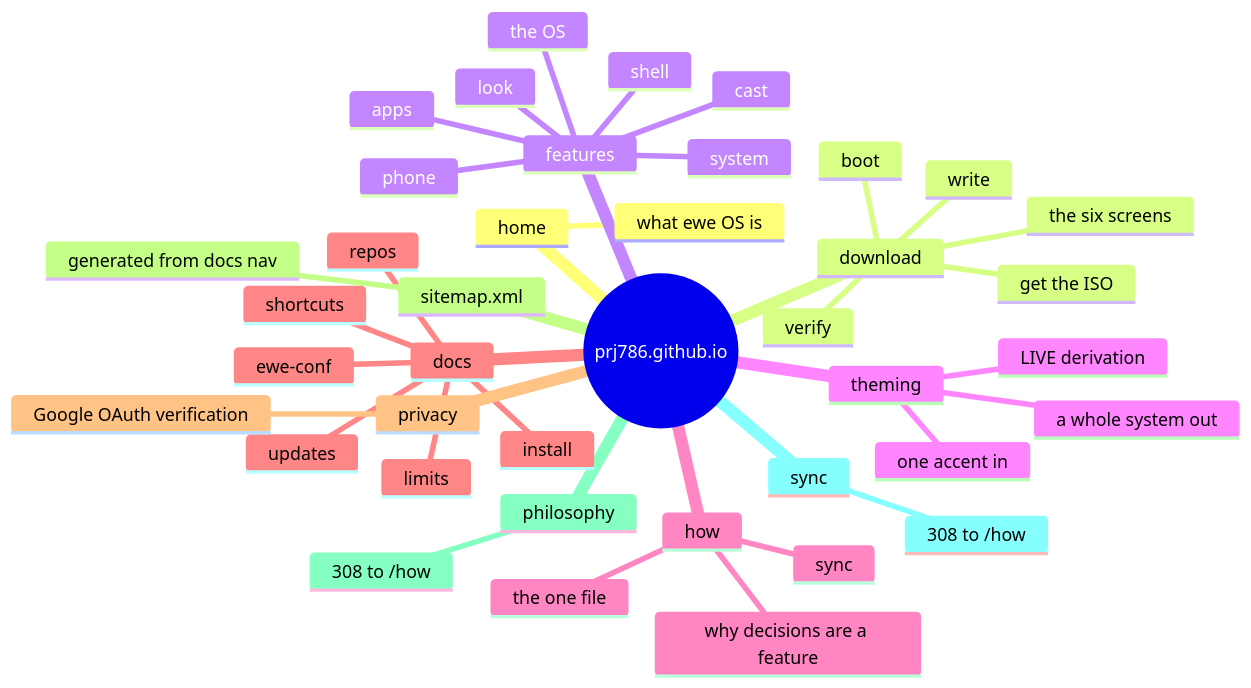
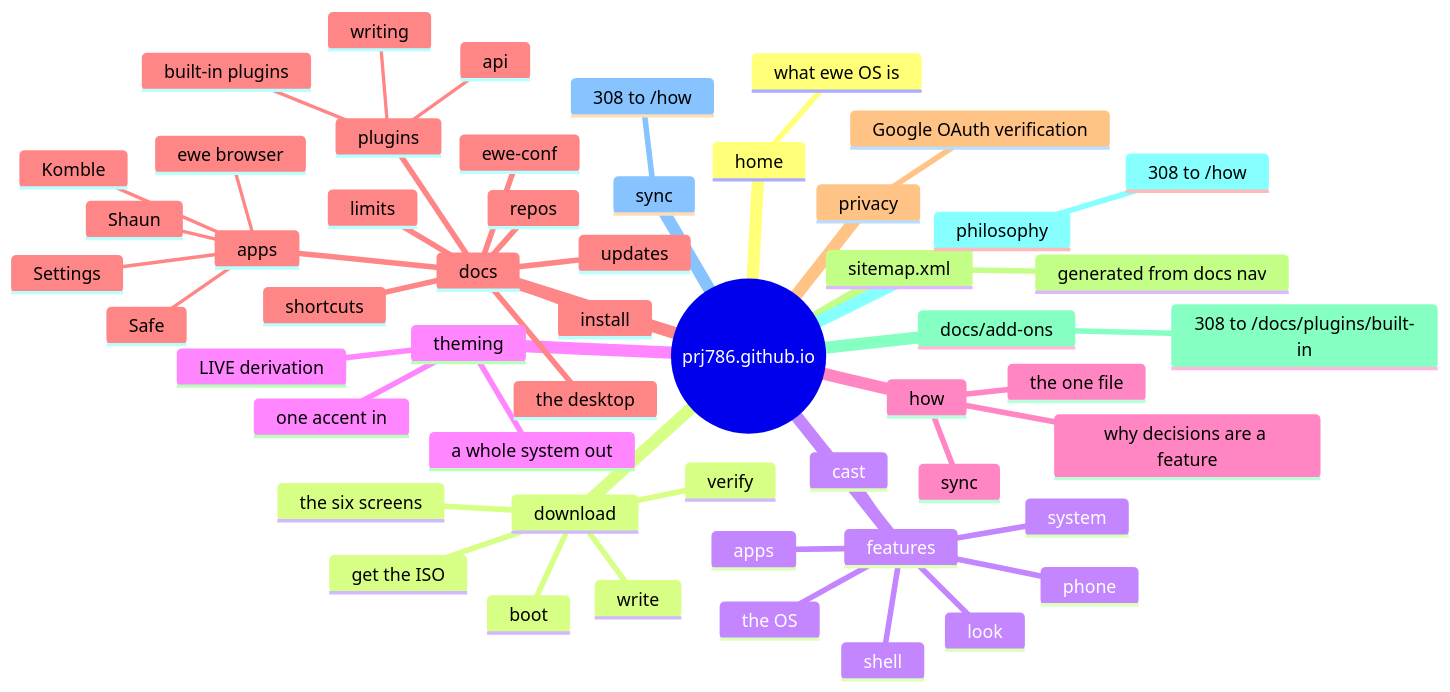
The diagram in 03-Components/Website.md (prj786/ewe-map), drawn with Mermaid before and after one commit. The commit also changed 5 other files, not shown here.

````diff
--- a/03-Components/Website.md
+++ b/03-Components/Website.md
@@ -28,43 +28,56 @@
 ```mermaid
 mindmap
   root((prj786.github.io))
     home
       what ewe OS is
     download
       get the ISO
       verify
       write
       boot
       the six screens
     features
       the OS
       shell
       look
       apps
       cast
       phone
       system
     theming
       one accent in
       a whole system out
       LIVE derivation
     how
       the one file
       sync
       why decisions are a feature
     docs
       install
+      the desktop
+      apps
+        ewe browser
+        Safe
+        Shaun
+        Komble
+        Settings
+      plugins
+        built-in plugins
+        writing
+        api
       shortcuts
       updates
       ewe-conf
       limits
       repos
     privacy
       Google OAuth verification
     sitemap.xml
       generated from docs nav
+    docs/add-ons
+      308 to /docs/plugins/built-in
     philosophy
       308 to /how
     sync
       308 to /how
 ```
````
